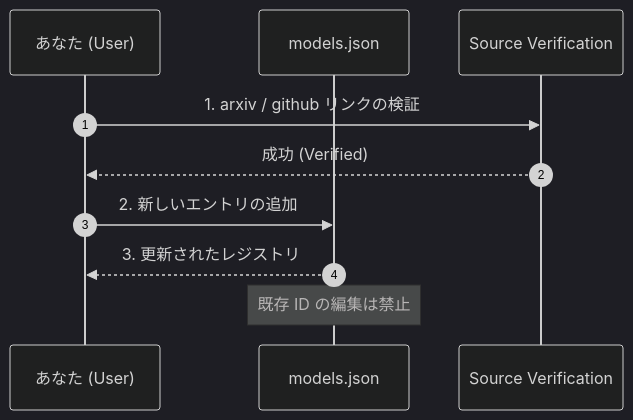
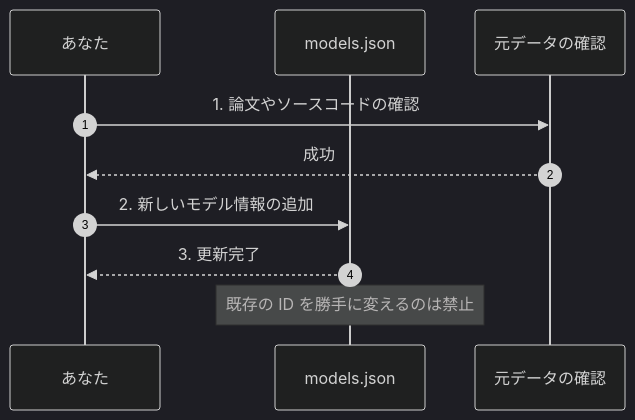
Before and after one commit to KAFKA2306/investor: the diagram in ts-agent/src/model_registry/README.md, drawn with Mermaid (dark theme). The commit also changed other lines of this file and 19 other files, not shown here.

````diff
--- a/ts-agent/src/model_registry/README.md
+++ b/ts-agent/src/model_registry/README.md
@@ -3,13 +5,13 @@
 ```mermaid
 sequenceDiagram
     autonumber
-    participant U as あなた (User)
+    participant U as あなた
     participant M as models.json
-    participant V as Source Verification
+    participant V as 元データの確認
 
-    U->>V: 1. arxiv / github リンクの検証
-    V-->>U: 成功 (Verified)
-    U->>M: 2. 新しいエントリの追加
-    M-->>U: 3. 更新されたレジストリ
-    Note over M: 既存 ID の編集は禁止
+    U->>V: 1. 論文やソースコードの確認
+    V-->>U: 成功
+    U->>M: 2. 新しいモデル情報の追加
+    M-->>U: 3. 更新完了
+    Note over M: 既存の ID を勝手に変えるのは禁止
 ```
````
